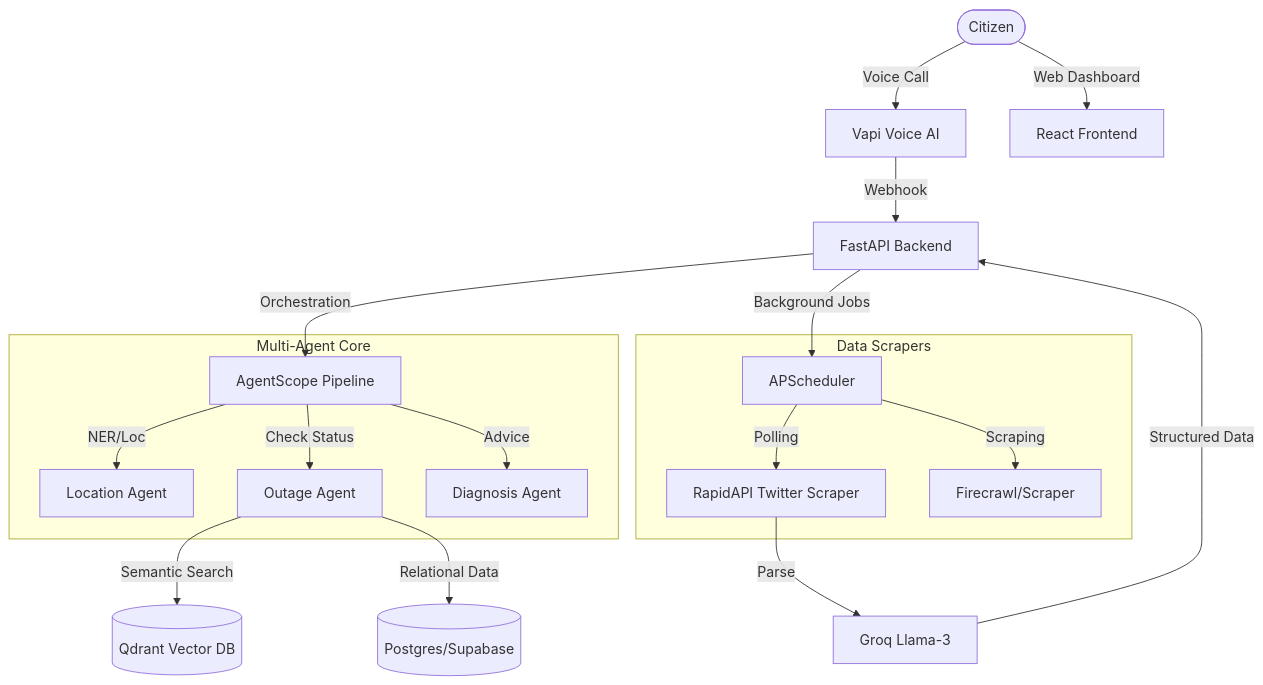
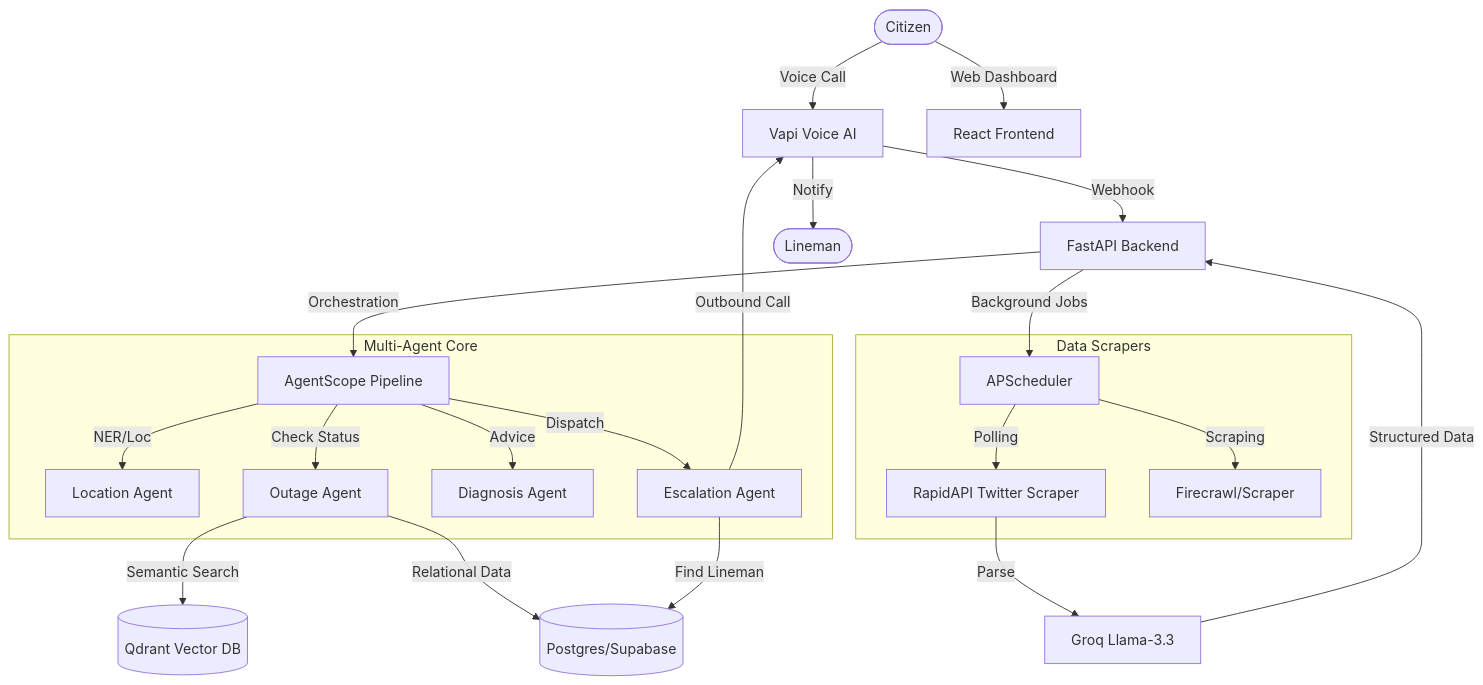
The diagram in README.md (BEASTSHRIRAM/VidyutSeva), drawn with Mermaid before and after one commit. The commit also changed other lines of this file, not shown here.

Commit message:
docs: update README with Escalation Agent documentation, architecture diagrams, and environment variable configurations

````diff
--- a/README.md
+++ b/README.md
@@ -24,25 +25,30 @@
 ```mermaid
 graph TD
     User([Citizen]) -->|Voice Call| Vapi[Vapi Voice AI]
     User -->|Web Dashboard| ReactApp[React Frontend]
     Vapi -->|Webhook| FastAPI[FastAPI Backend]
     
     FastAPI -->|Orchestration| AgentScope[AgentScope Pipeline]
     subgraph AgenticCore [Multi-Agent Core]
         AgentScope -->|NER/Loc| LocAgent[Location Agent]
         AgentScope -->|Check Status| OutageAgent[Outage Agent]
         AgentScope -->|Advice| DiagAgent[Diagnosis Agent]
+        AgentScope -->|Dispatch| EscAgent[Escalation Agent]
     end
     
     OutageAgent -->|Semantic Search| Qdrant[(Qdrant Vector DB)]
     OutageAgent -->|Relational Data| Supabase[(Postgres/Supabase)]
+    
+    EscAgent -->|Find Lineman| Supabase
+    EscAgent -->|Outbound Call| Vapi
+    Vapi -->|Notify| Lineman([Lineman])
     
     FastAPI -->|Background Jobs| Scheduler[APScheduler]
     subgraph Ingestion [Data Scrapers]
         Scheduler -->|Polling| TwitterScraper[RapidAPI Twitter Scraper]
         Scheduler -->|Scraping| BESCOMScraper[Firecrawl/Scraper]
     end
     
-    TwitterScraper -->|Parse| Groq[Groq Llama-3]
+    TwitterScraper -->|Parse| Groq[Groq Llama-3.3]
     Groq -->|Structured Data| FastAPI
 ```
````
